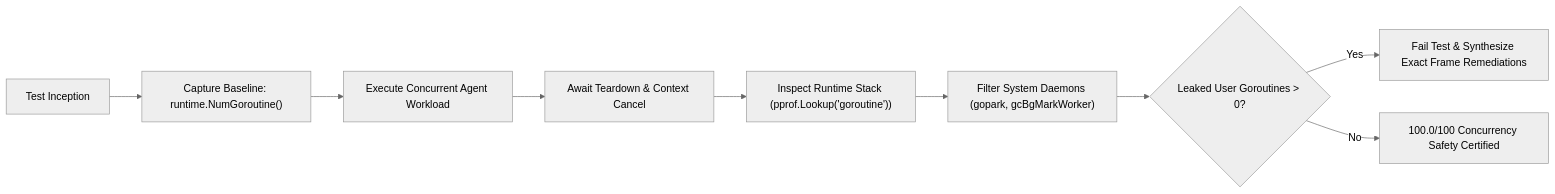
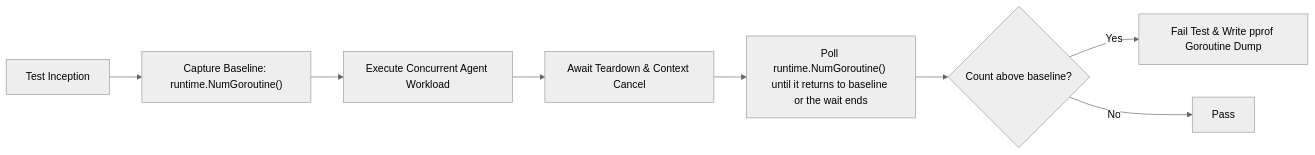
The second of 2 diagrams in observations/polyglot/03-go-goroutine-leakage-and-context-lifecycles.md (dan-petty/vibes), drawn with Mermaid (neutral theme) before and after one commit. The commit also changed other lines of this file and 248 other files, not shown here.

````diff
--- a/observations/polyglot/03-go-goroutine-leakage-and-context-lifecycles.md
+++ b/observations/polyglot/03-go-goroutine-leakage-and-context-lifecycles.md
@@ -70,11 +70,10 @@
 ```mermaid
 flowchart LR
     Start["Test Inception"] --> Base["Capture Baseline: runtime.NumGoroutine()"]
     Base --> Workload["Execute Concurrent Agent Workload"]
     Workload --> Await["Await Teardown & Context Cancel"]
-    Await --> Inspect["Inspect Runtime Stack (pprof.Lookup('goroutine'))"]
-    Inspect --> Filter["Filter System Daemons (gopark, gcBgMarkWorker)"]
-    Filter --> Eval{"Leaked User Goroutines > 0?"}
-    Eval -- Yes --> Report["Fail Test & Synthesize Exact Frame Remediations"]
-    Eval -- No --> Pass["100.0/100 Concurrency Safety Certified"]
+    Await --> Inspect["Poll runtime.NumGoroutine() until it returns to baseline or the wait ends"]
+    Inspect --> Eval{"Count above baseline?"}
+    Eval -- Yes --> Report["Fail Test & Write pprof Goroutine Dump"]
+    Eval -- No --> Pass["Pass"]
 ```
````
